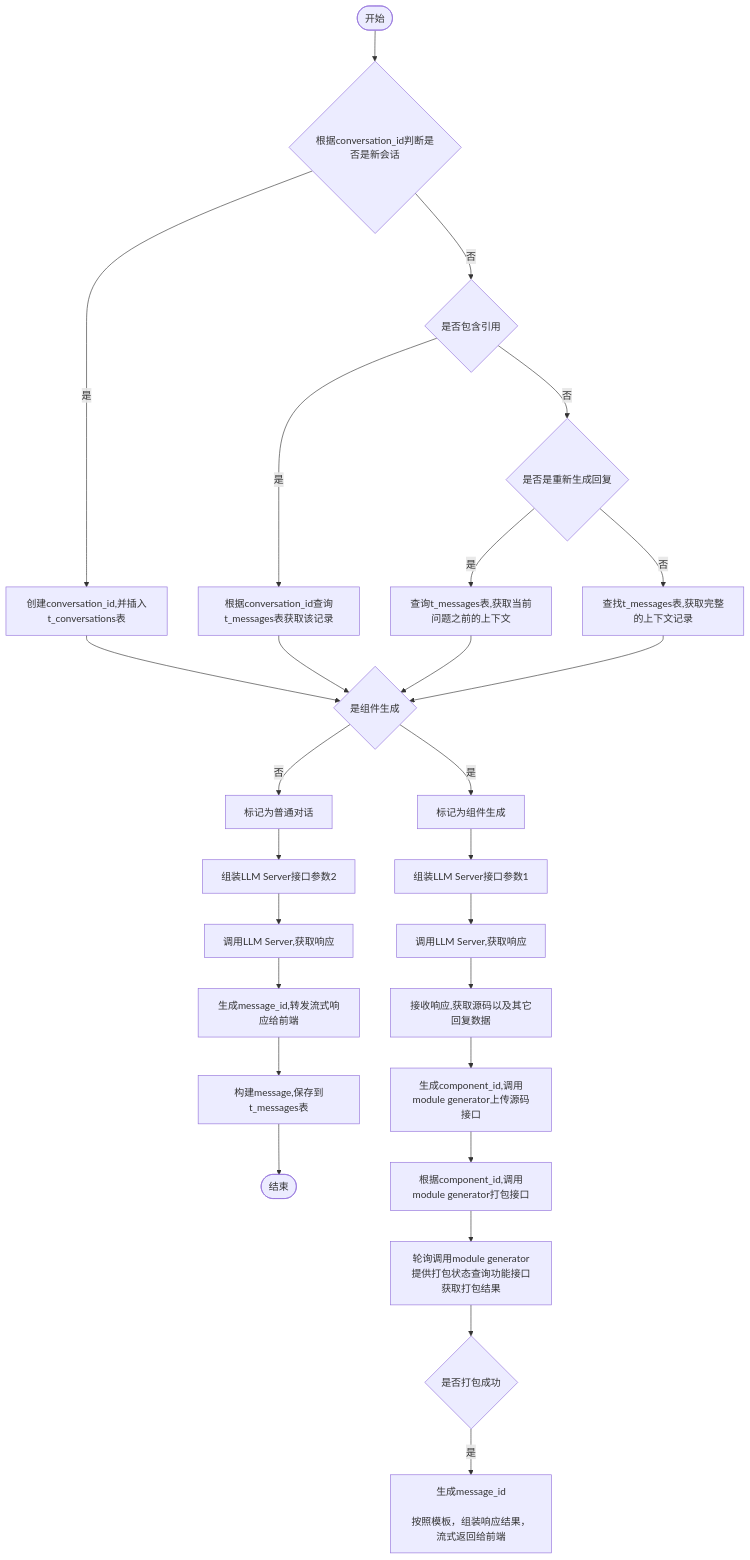
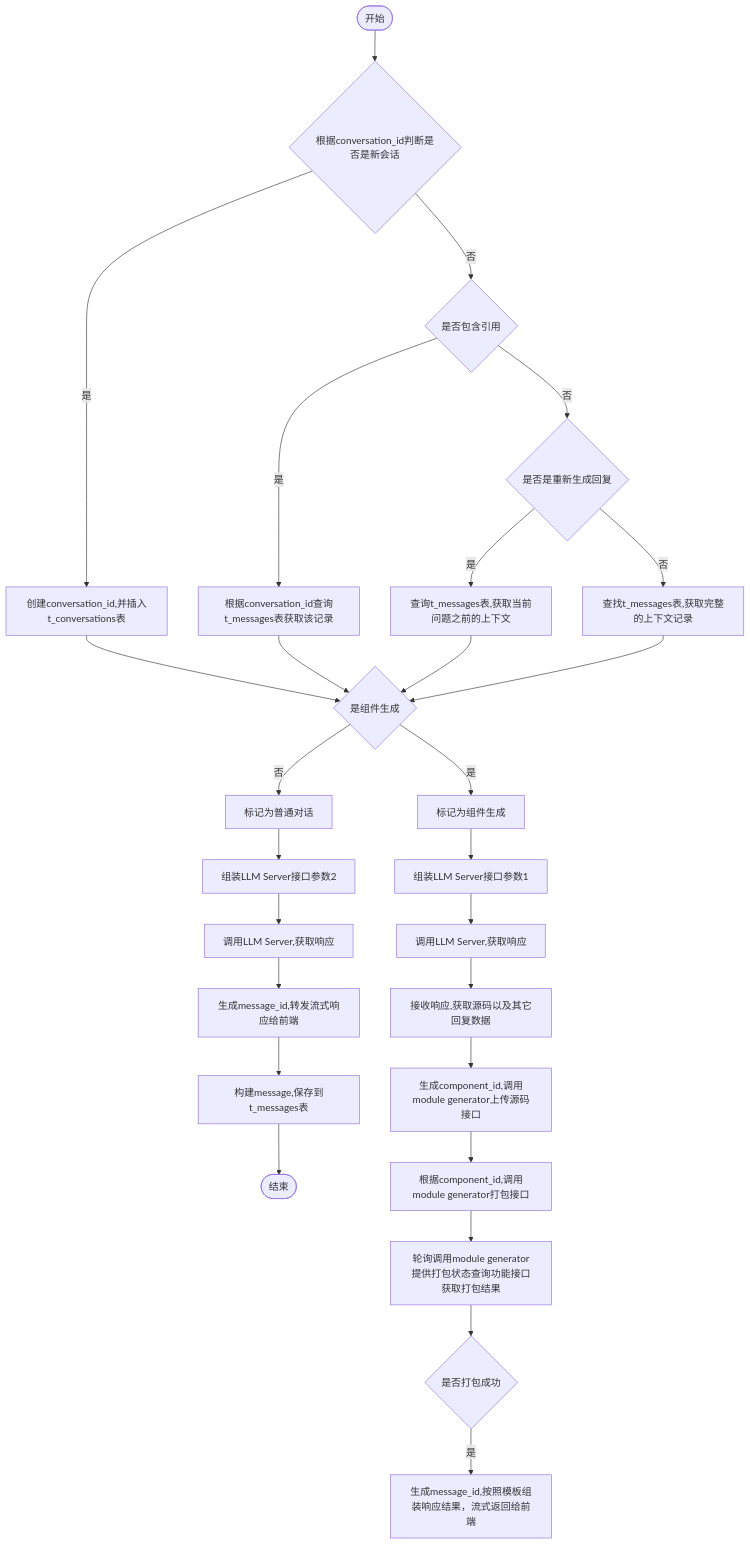
One commit to yingjianzh/iodraw-files changed the diagram in all/未命名-7.md. Above: the diagram before and after it, drawn with Mermaid.

Commit message:
2024-10-12 14:37:30 update

````diff
--- a/all/未命名-7.md
+++ b/all/未命名-7.md
@@ -1,34 +1,32 @@
 ```mermaid
 flowchart TD
     A([开始]) --> B{根据conversation_id判断是否是新会话}
     B -- 是 --> C[创建conversation_id,并插入t_conversations表]
     B -- 否 --> D{是否包含引用}
     D -- 是 --> E[根据conversation_id查询t_messages表获取该记录]
     D -- 否 --> F{是否是重新生成回复}
     F -- 是 --> G[查询t_messages表,获取当前问题之前的上下文]
     F -- 否 --> H[查找t_messages表,获取完整的上下文记录]
      
     C & E & G & H --> I{是组件生成}
     I -- 是 --> J[标记为组件生成]
     I -- 否 --> K[标记为普通对话]
 
     J --> L[组装LLM Server接口参数1]    
     K --> M[组装LLM Server接口参数2]    
     M --> N[调用LLM Server,获取响应]    
     N --> O[生成message_id,转发流式响应给前端]
     O --> P[构建message,保存到t_messages表]
     P --> R([结束])
 
 
     L --> S[调用LLM Server,获取响应]
     S --> T[接收响应,获取源码以及其它回复数据]
     T --> U[生成component_id,调用module generator上传源码接口]
     U --> V[根据component_id,调用module generator打包接口]
     V --> W[轮询调用module generator提供打包状态查询功能接口获取打包结果]
     W --> X{是否打包成功}
-    X -- 是 --> Y[生成message_id
-
-按照模板，组装响应结果，流式返回给前端]
+    X -- 是 --> Y[生成message_id,按照模板组装响应结果，流式返回给前端]
 
 
 ```
````
